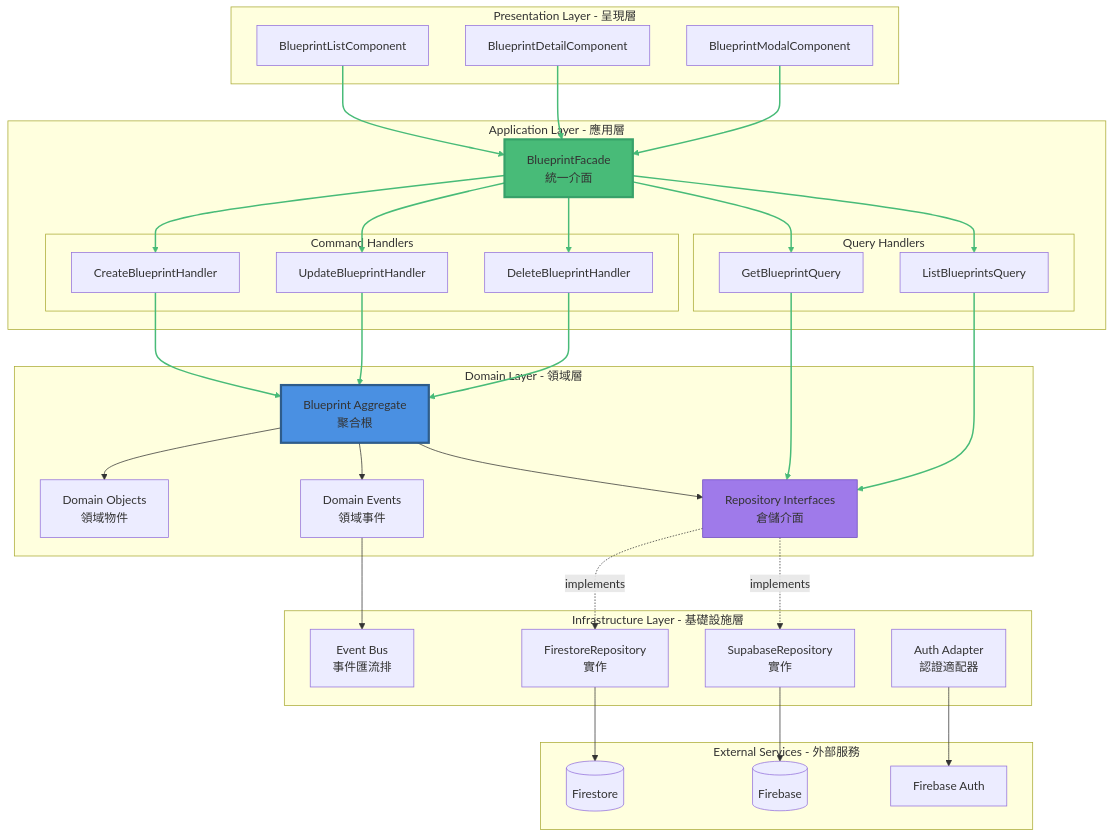
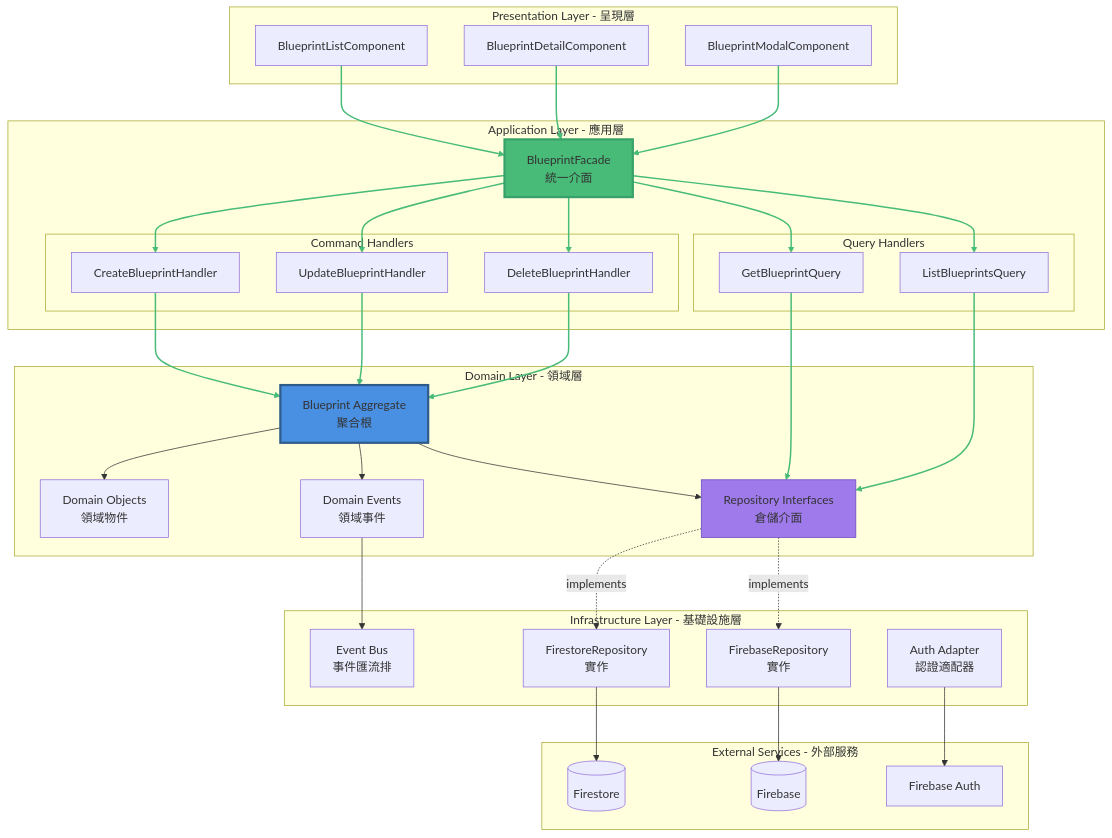
One commit to 7Spade/GigHub changed the third of 11 diagrams in docs/archive/blueprint-analysis/Blueprint-GigHub_Blueprint_Architecture.md. Above: the diagram before and after it, drawn with Mermaid. The commit also changed other lines of this file and 29 other files, not shown here.

````diff
--- a/docs/archive/blueprint-analysis/Blueprint-GigHub_Blueprint_Architecture.md
+++ b/docs/archive/blueprint-analysis/Blueprint-GigHub_Blueprint_Architecture.md
@@ -175,78 +175,78 @@
 ```mermaid
 graph TB
     subgraph "Presentation Layer - 呈現層"
         LIST[BlueprintListComponent]
         DETAIL[BlueprintDetailComponent]
         MODAL[BlueprintModalComponent]
     end
 
     subgraph "Application Layer - 應用層"
         subgraph "Command Handlers"
             CREATE_CMD[CreateBlueprintHandler]
             UPDATE_CMD[UpdateBlueprintHandler]
             DELETE_CMD[DeleteBlueprintHandler]
         end
         
         subgraph "Query Handlers"
             GET_QUERY[GetBlueprintQuery]
             LIST_QUERY[ListBlueprintsQuery]
         end
         
         FACADE[BlueprintFacade<br/>統一介面]
     end
 
     subgraph "Domain Layer - 領域層"
         AGG[Blueprint Aggregate<br/>聚合根]
         DO[Domain Objects<br/>領域物件]
         EVENTS[Domain Events<br/>領域事件]
         IFACE[Repository Interfaces<br/>倉儲介面]
     end
 
     subgraph "Infrastructure Layer - 基礎設施層"
         FIRE_REPO[FirestoreRepository<br/>實作]
-        SUPA_REPO[SupabaseRepository<br/>實作]
+        SUPA_REPO[FirebaseRepository<br/>實作]
         EVENT_BUS[Event Bus<br/>事件匯流排]
         AUTH_ADAPTER[Auth Adapter<br/>認證適配器]
     end
 
     subgraph "External Services - 外部服務"
         FIRESTORE[(Firestore)]
         FIREBASE[(Firebase)]
         FIREBASE_AUTH[Firebase Auth]
     end
 
     LIST --> FACADE
     DETAIL --> FACADE
     MODAL --> FACADE
     
     FACADE --> CREATE_CMD
     FACADE --> UPDATE_CMD
     FACADE --> DELETE_CMD
     FACADE --> GET_QUERY
     FACADE --> LIST_QUERY
     
     CREATE_CMD --> AGG
     UPDATE_CMD --> AGG
     DELETE_CMD --> AGG
     
     GET_QUERY --> IFACE
     LIST_QUERY --> IFACE
     
     AGG --> DO
     AGG --> EVENTS
     AGG --> IFACE
     
     IFACE -.implements.-> FIRE_REPO
     IFACE -.implements.-> SUPA_REPO
     
     FIRE_REPO --> FIRESTORE
     SUPA_REPO --> FIREBASE
     
     EVENTS --> EVENT_BUS
     AUTH_ADAPTER --> FIREBASE_AUTH
     
     style FACADE fill:#48BB78,stroke:#38A169,stroke-width:3px
     style AGG fill:#4A90E2,stroke:#2E5C8A,stroke-width:3px
     style IFACE fill:#9F7AEA,stroke:#6B46C1
     linkStyle 0,1,2,3,4,5,6,7,8,9,10,11,12 stroke:#48BB78,stroke-width:2px
 ```
````
